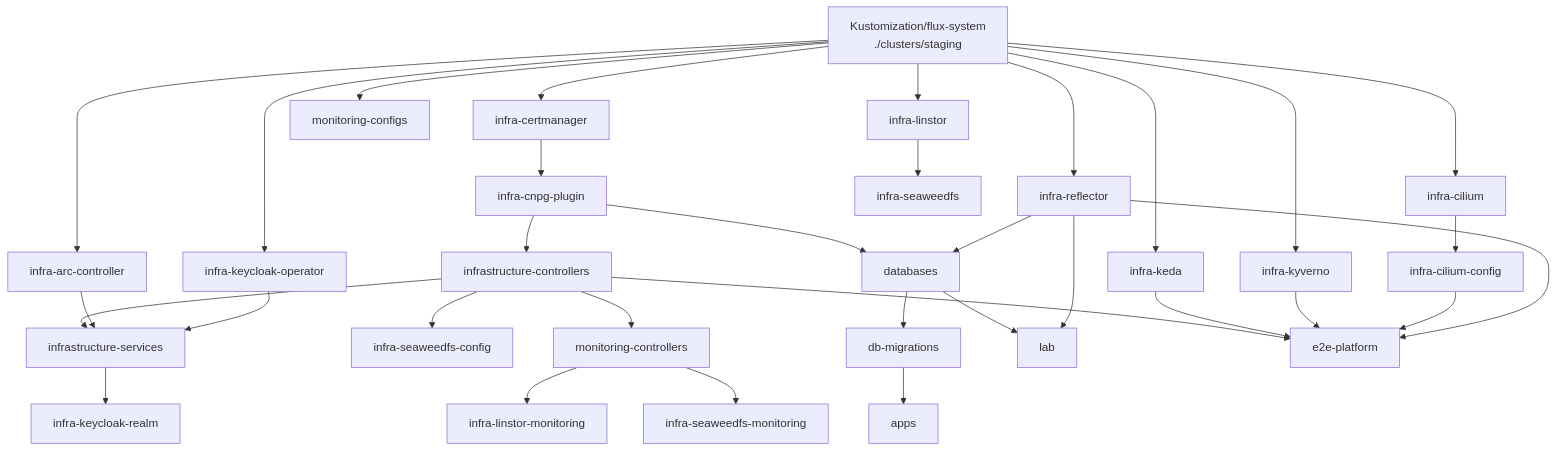
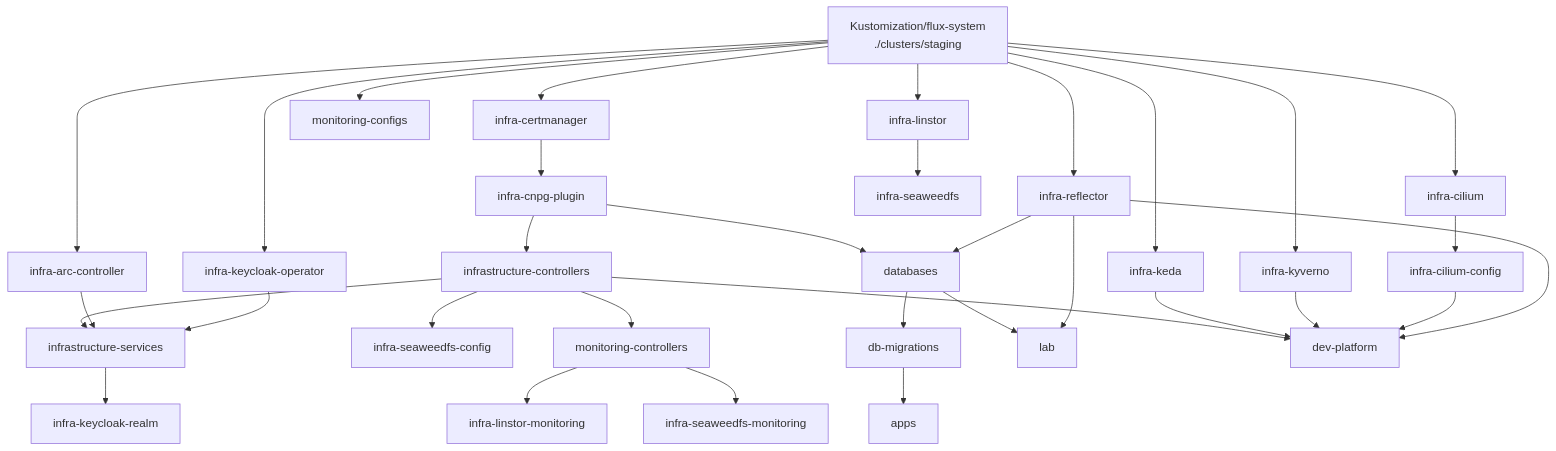
One commit to eliorion/homelab_v1 changed the diagram in clusters/README.md. Above: the diagram before and after it, drawn with Mermaid. The commit also changed other lines of this file and 34 other files, not shown here.

````diff
--- a/clusters/README.md
+++ b/clusters/README.md
@@ -214,41 +214,41 @@
 ```mermaid
 flowchart TD
     root["Kustomization/flux-system\n./clusters/staging"]
 
     root --> cm["infra-certmanager"]
     root --> arc["infra-arc-controller"]
     root --> cil["infra-cilium"]
     root --> refl["infra-reflector"]
     root --> keda["infra-keda"]
     root --> kyv["infra-kyverno"]
     root --> kco["infra-keycloak-operator"]
     root --> lin["infra-linstor"]
     root --> moncfg["monitoring-configs"]
 
     cm --> plugin["infra-cnpg-plugin"]
     cil --> cilcfg["infra-cilium-config"]
     lin --> sw["infra-seaweedfs"]
     plugin --> ctrl["infrastructure-controllers"]
     ctrl --> svc["infrastructure-services"]
     arc --> svc
     kco --> svc
     svc --> realm["infra-keycloak-realm"]
     ctrl --> swcfg["infra-seaweedfs-config"]
 
     ctrl --> mon["monitoring-controllers"]
     mon --> linmon["infra-linstor-monitoring"]
     mon --> swmon["infra-seaweedfs-monitoring"]
 
     plugin --> db["databases"]
     refl --> db
     db --> mig["db-migrations"]
     mig --> apps["apps"]
     db --> lab["lab"]
     refl --> lab
 
-    ctrl --> e2e["e2e-platform"]
+    ctrl --> e2e["dev-platform"]
     keda --> e2e
     kyv --> e2e
     cilcfg --> e2e
     refl --> e2e
 ```
````
